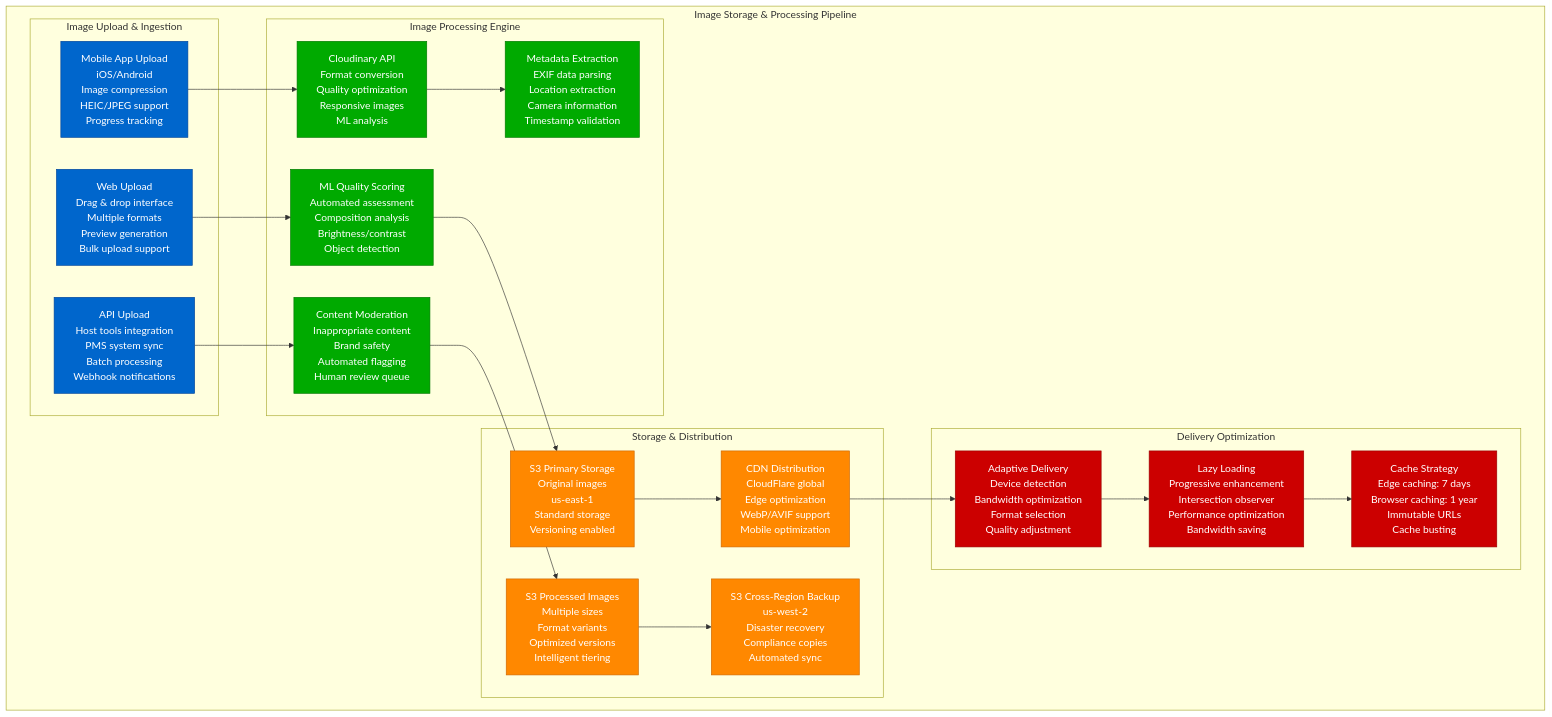
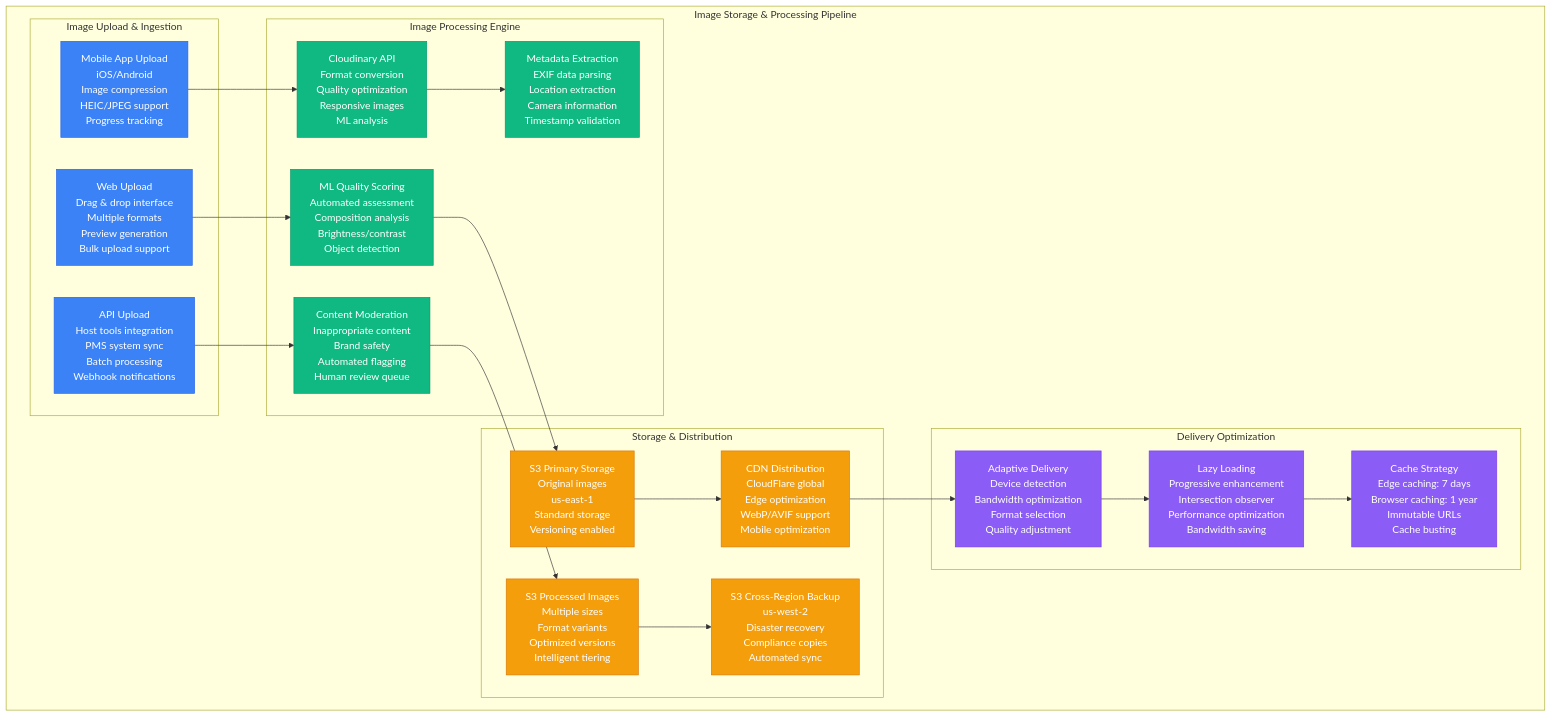
The fourth of 5 diagrams in site/docs/systems/airbnb/storage-architecture.md (deepaucksharma/DS), drawn with Mermaid before and after one commit. The commit also changed other lines of this file and 303 other files, not shown here.

````diff
--- a/site/docs/systems/airbnb/storage-architecture.md
+++ b/site/docs/systems/airbnb/storage-architecture.md
@@ -276,65 +276,65 @@
 ```mermaid
 graph TB
     subgraph ImagePipeline[Image Storage & Processing Pipeline]
         subgraph ImageIngestion[Image Upload & Ingestion]
             MobileUpload[Mobile App Upload<br/>iOS/Android<br/>Image compression<br/>HEIC/JPEG support<br/>Progress tracking]
 
             WebUpload[Web Upload<br/>Drag & drop interface<br/>Multiple formats<br/>Preview generation<br/>Bulk upload support]
 
             APIUpload[API Upload<br/>Host tools integration<br/>PMS system sync<br/>Batch processing<br/>Webhook notifications]
         end
 
         subgraph ProcessingEngine[Image Processing Engine]
             CloudinaryAPI[Cloudinary API<br/>Format conversion<br/>Quality optimization<br/>Responsive images<br/>ML analysis]
 
             QualityScoring[ML Quality Scoring<br/>Automated assessment<br/>Composition analysis<br/>Brightness/contrast<br/>Object detection]
 
             ContentModeration[Content Moderation<br/>Inappropriate content<br/>Brand safety<br/>Automated flagging<br/>Human review queue]
 
             MetadataExtraction[Metadata Extraction<br/>EXIF data parsing<br/>Location extraction<br/>Camera information<br/>Timestamp validation]
         end
 
         subgraph StorageDistribution[Storage & Distribution]
             S3Primary[S3 Primary Storage<br/>Original images<br/>us-east-1<br/>Standard storage<br/>Versioning enabled]
 
             S3Processed[S3 Processed Images<br/>Multiple sizes<br/>Format variants<br/>Optimized versions<br/>Intelligent tiering]
 
             CDNDistribution[CDN Distribution<br/>CloudFlare global<br/>Edge optimization<br/>WebP/AVIF support<br/>Mobile optimization]
 
             BackupStorage[S3 Cross-Region Backup<br/>us-west-2<br/>Disaster recovery<br/>Compliance copies<br/>Automated sync]
         end
 
         subgraph DeliveryOptimization[Delivery Optimization]
             AdaptiveDelivery[Adaptive Delivery<br/>Device detection<br/>Bandwidth optimization<br/>Format selection<br/>Quality adjustment]
 
             LazyLoading[Lazy Loading<br/>Progressive enhancement<br/>Intersection observer<br/>Performance optimization<br/>Bandwidth saving]
 
             CacheStrategy[Cache Strategy<br/>Edge caching: 7 days<br/>Browser caching: 1 year<br/>Immutable URLs<br/>Cache busting]
         end
     end
 
     MobileUpload --> CloudinaryAPI
     WebUpload --> QualityScoring
     APIUpload --> ContentModeration
 
     CloudinaryAPI --> MetadataExtraction
     QualityScoring --> S3Primary
     ContentModeration --> S3Processed
 
     S3Primary --> CDNDistribution
     S3Processed --> BackupStorage
     CDNDistribution --> AdaptiveDelivery
 
     AdaptiveDelivery --> LazyLoading
     LazyLoading --> CacheStrategy
 
-    classDef uploadStyle fill:#0066CC,stroke:#004499,color:#fff
-    classDef processStyle fill:#00AA00,stroke:#007700,color:#fff
-    classDef storageStyle fill:#FF8800,stroke:#CC6600,color:#fff
-    classDef deliveryStyle fill:#CC0000,stroke:#990000,color:#fff
+    classDef uploadStyle fill:#3B82F6,stroke:#2563EB,color:#fff
+    classDef processStyle fill:#10B981,stroke:#059669,color:#fff
+    classDef storageStyle fill:#F59E0B,stroke:#D97706,color:#fff
+    classDef deliveryStyle fill:#8B5CF6,stroke:#7C3AED,color:#fff
 
     class MobileUpload,WebUpload,APIUpload uploadStyle
     class CloudinaryAPI,QualityScoring,ContentModeration,MetadataExtraction processStyle
     class S3Primary,S3Processed,CDNDistribution,BackupStorage storageStyle
     class AdaptiveDelivery,LazyLoading,CacheStrategy deliveryStyle
 ```
````
